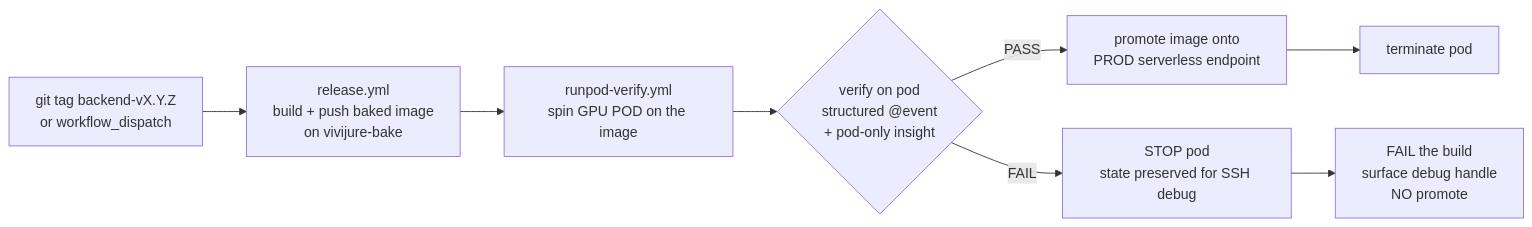
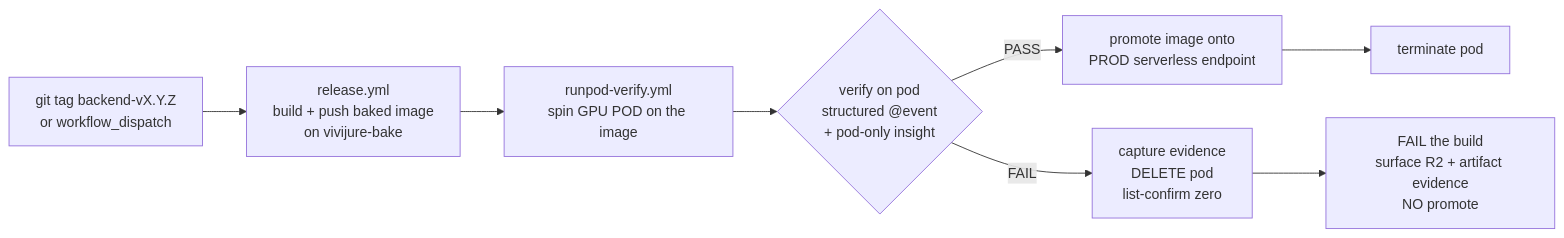
One commit to skyphusion-labs/vivijure-backend changed the diagram in docs/release-gate.md. Above: the diagram before and after it, drawn with Mermaid. The commit also changed other lines of this file and 4 other files, not shown here.

First line of the commit message:
feat(release-gate): wire the live RunPod verify gate + promote (S7/S1) (#176)

````diff
--- a/docs/release-gate.md
+++ b/docs/release-gate.md
@@ -26,8 +30,8 @@
 ```mermaid
 flowchart LR
     A[git tag backend-vX.Y.Z<br/>or workflow_dispatch] --> B[release.yml<br/>build + push baked image<br/>on vivijure-bake]
     B --> C[runpod-verify.yml<br/>spin GPU POD on the image]
     C --> D{verify on pod<br/>structured @event<br/>+ pod-only insight}
     D -- PASS --> E[promote image onto<br/>PROD serverless endpoint] --> F[terminate pod]
-    D -- FAIL --> G[STOP pod<br/>state preserved for SSH debug] --> H[FAIL the build<br/>surface debug handle<br/>NO promote]
+    D -- FAIL --> G[capture evidence<br/>DELETE pod<br/>list-confirm zero] --> H[FAIL the build<br/>surface R2 + artifact evidence<br/>NO promote]
 ```
````
